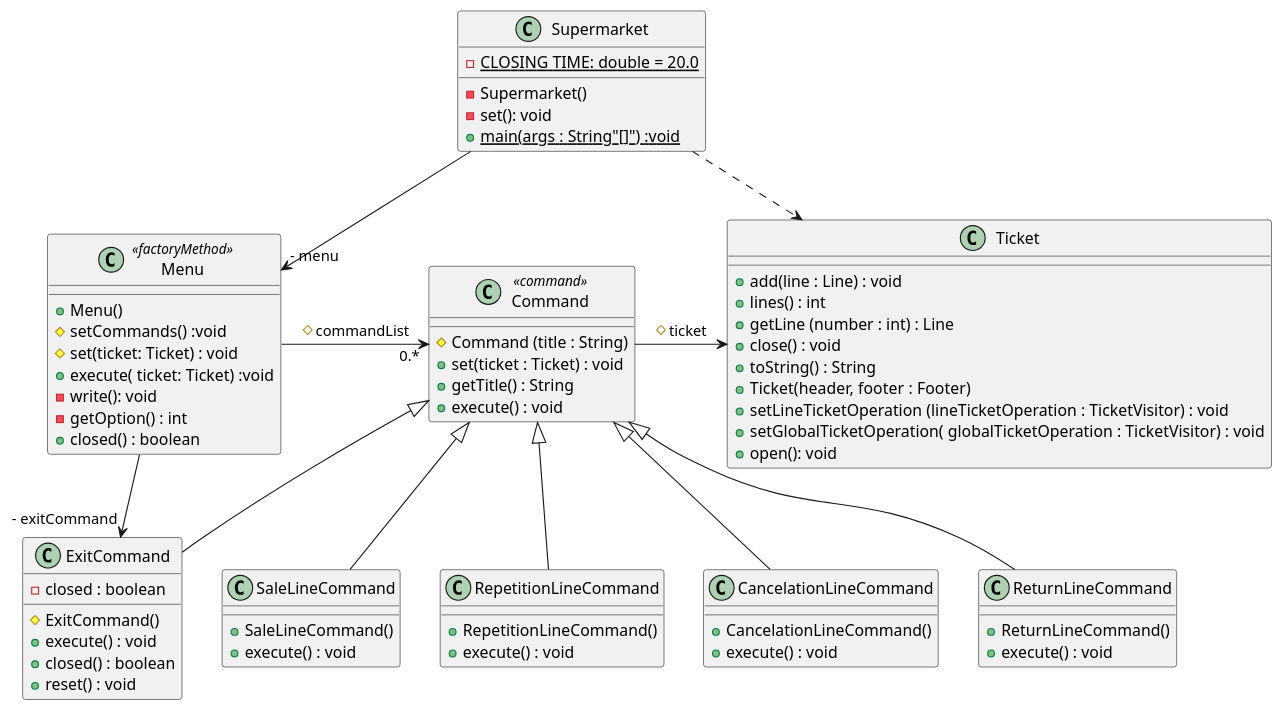
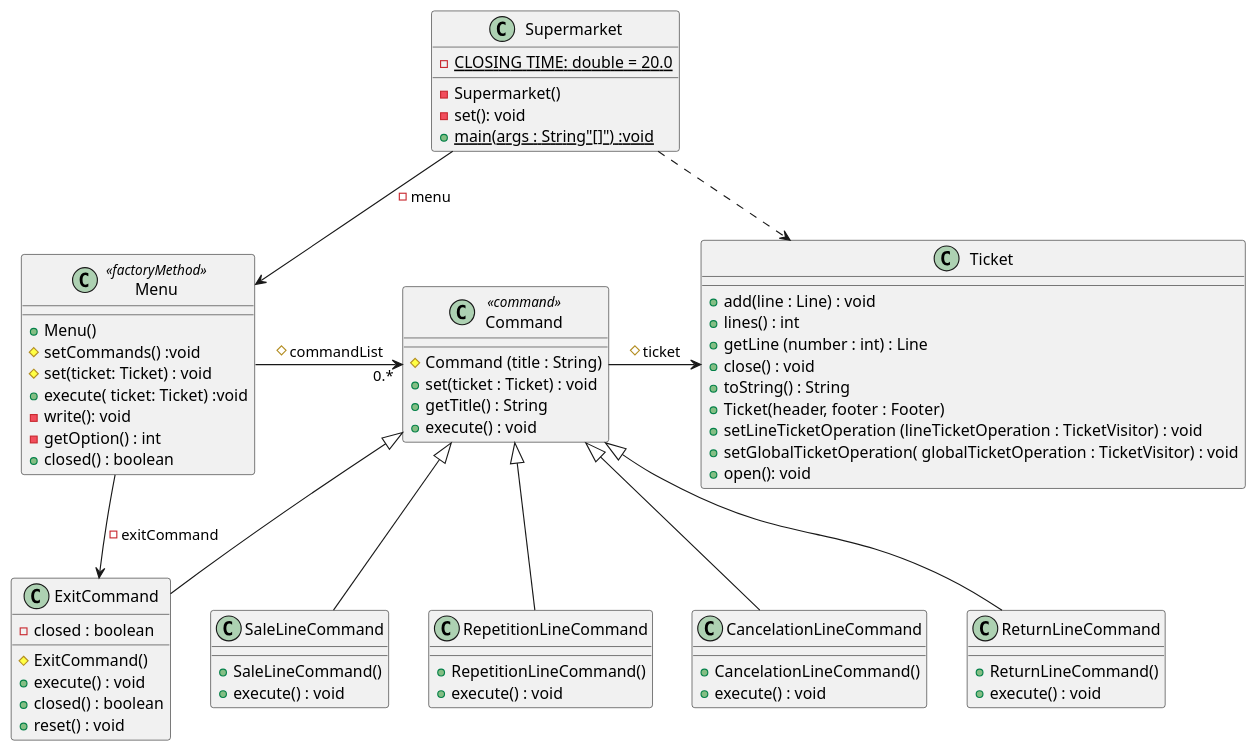
Before and after one commit to x-USantaTecla-manager-supermarket/requirements: the diagram in docs/diagrams/src/command.plantuml, drawn with PlantUML. The commit also changed 10 other files, not shown here.

```diff
--- a/docs/diagrams/src/command.plantuml
+++ b/docs/diagrams/src/command.plantuml
@@ -1,76 +1,76 @@
 @startuml Command
 class Supermarket {
 -{static} CLOSING TIME: double = 20.0
 - Supermarket()
 - set(): void
 +{static} main(args : String"[]") :void
 }
 
 class Menu <<factoryMethod>> {
 + Menu()
 # setCommands() :void
 # set(ticket: Ticket) : void
 + execute( ticket: Ticket) :void
 - write(): void
 - getOption() : int
 + closed() : boolean
 }
 
 class Command <<command>> {
 #Command (title : String)
 + set(ticket : Ticket) : void
 + getTitle() : String
 + execute() : void
 }
 
 class Ticket {
 + add(line : Line) : void
 + lines() : int
 + getLine (number : int) : Line
 + close() : void
 + toString() : String
 + Ticket(header, footer : Footer)
 + setLineTicketOperation (lineTicketOperation : TicketVisitor) : void
 + setGlobalTicketOperation( globalTicketOperation : TicketVisitor) : void
 + open(): void
 }
 
 class ExitCommand {
 - closed : boolean
 # ExitCommand()
 + execute() : void
 + closed() : boolean
 + reset() : void
 }
 
 class SaleLineCommand {
 + SaleLineCommand()
 + execute() : void
 }
 
 class RepetitionLineCommand {
 + RepetitionLineCommand()
 + execute() : void
 }
 
 class CancelationLineCommand {
 + CancelationLineCommand()
 + execute() : void
 }
 
 class ReturnLineCommand {
 + ReturnLineCommand()
 + execute() : void
 }
 
-Supermarket -down-> "- menu" Menu
+Supermarket -down-> Menu :- menu
 Supermarket .down.> Ticket
 Menu -right-> "0.*" Command :#commandList
 Command -right-> Ticket :#ticket
-Menu -down-> "- exitCommand" ExitCommand 
+Menu -down-> ExitCommand :- exitCommand
 Command <|-down- ExitCommand
 Command <|-down- SaleLineCommand
 Command <|-down- RepetitionLineCommand
 Command <|-down- CancelationLineCommand
 Command <|-down- ReturnLineCommand
 @enduml
```
